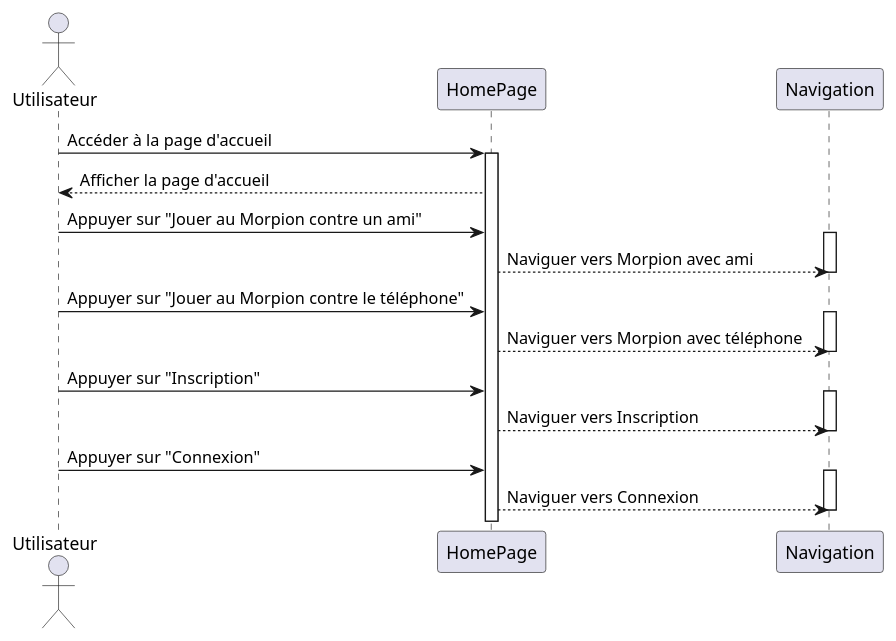
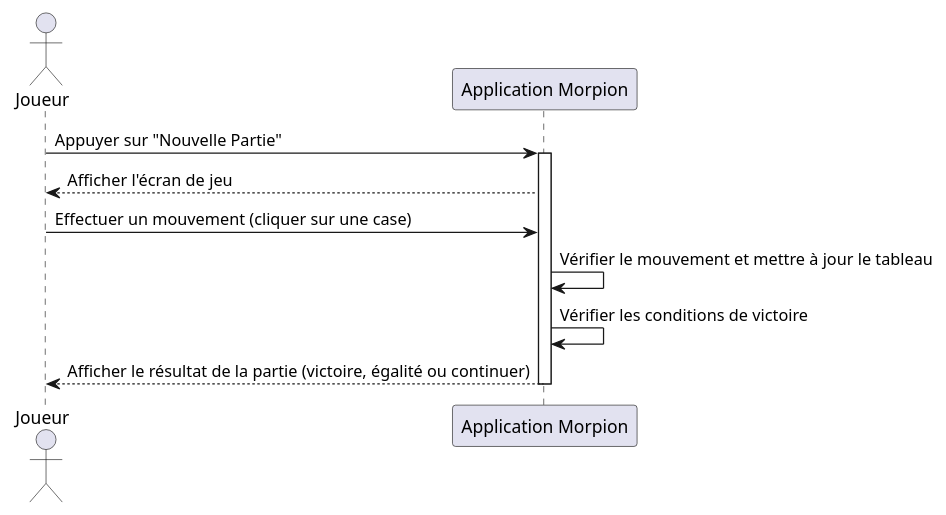
Before and after one commit to ericnoel92/my-new-project: the diagram in Index.PlantUML, drawn with PlantUML. The commit also changed 5 other files, not shown here.

```diff
--- a/Index.PlantUML
+++ b/Index.PlantUML
@@ -1,31 +1,13 @@
-@startuml eric 
+@startuml eric
+actor Joueur
+participant "Application Morpion" as App
 
-actor Utilisateur as U
-participant HomePage as HP
-participant Navigation as N
-
-U -> HP: Accéder à la page d'accueil
-activate HP
-HP --> U: Afficher la page d'accueil
-
-U -> HP: Appuyer sur "Jouer au Morpion contre un ami"
-activate N
-HP --> N: Naviguer vers Morpion avec ami
-deactivate N
-
-U -> HP: Appuyer sur "Jouer au Morpion contre le téléphone"
-activate N
-HP --> N: Naviguer vers Morpion avec téléphone
-deactivate N
-
-U -> HP: Appuyer sur "Inscription"
-activate N
-HP --> N: Naviguer vers Inscription
-deactivate N
-
-U -> HP: Appuyer sur "Connexion"
-activate N
-HP --> N: Naviguer vers Connexion
-deactivate N
-
+Joueur -> App: Appuyer sur "Nouvelle Partie"
+activate App
+App --> Joueur: Afficher l'écran de jeu
+Joueur -> App: Effectuer un mouvement (cliquer sur une case)
+App -> App: Vérifier le mouvement et mettre à jour le tableau
+App -> App: Vérifier les conditions de victoire
+App --> Joueur: Afficher le résultat de la partie (victoire, égalité ou continuer)
+deactivate App
 @enduml
```
